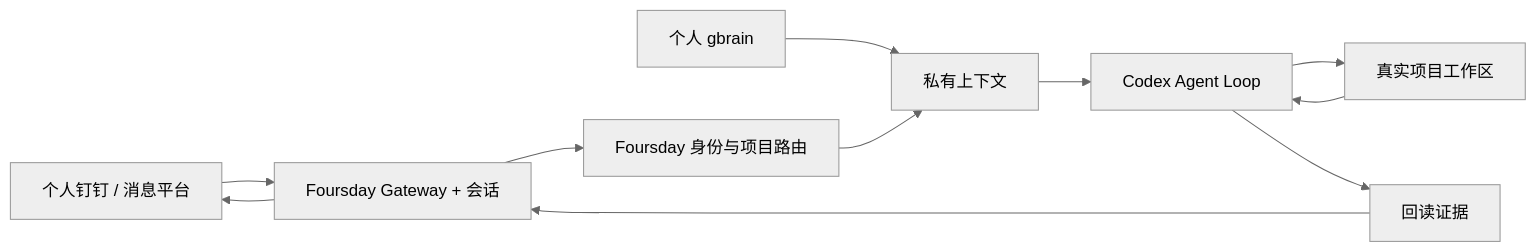
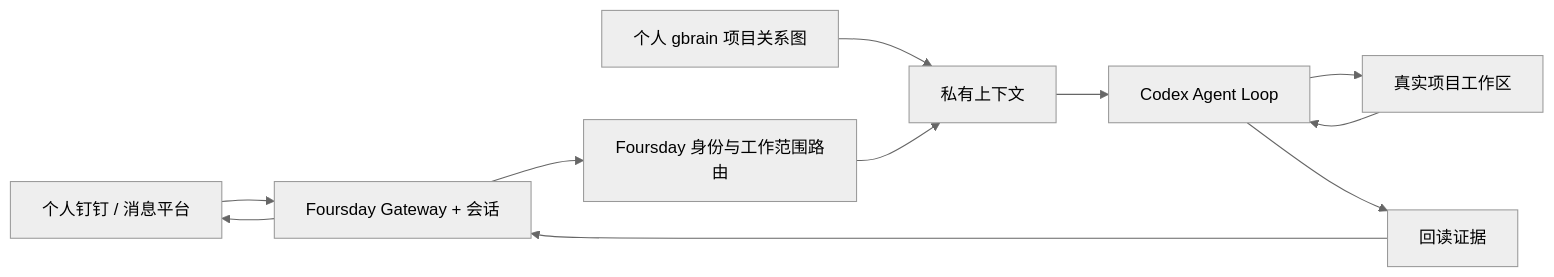
The diagram in docs/指南/中文首页.md (ruiwang20010702/foursday), drawn with Mermaid (neutral theme) before and after one commit. The commit also changed other lines of this file and 55 other files, not shown here.

````diff
--- a/docs/指南/中文首页.md
+++ b/docs/指南/中文首页.md
@@ -22,13 +22,13 @@
 ```mermaid
 flowchart LR
     M["个人钉钉 / 消息平台"] --> T["Foursday Gateway + 会话"]
-    T --> R["Foursday 身份与项目路由"]
-    G["个人 gbrain"] --> C["私有上下文"]
+    T --> R["Foursday 身份与工作范围路由"]
+    G["个人 gbrain 项目关系图"] --> C["私有上下文"]
     R --> C
     C --> X["Codex Agent Loop"]
     X --> W["真实项目工作区"]
     W --> X
     X --> V["回读证据"]
     V --> T
     T --> M
 ```
````
